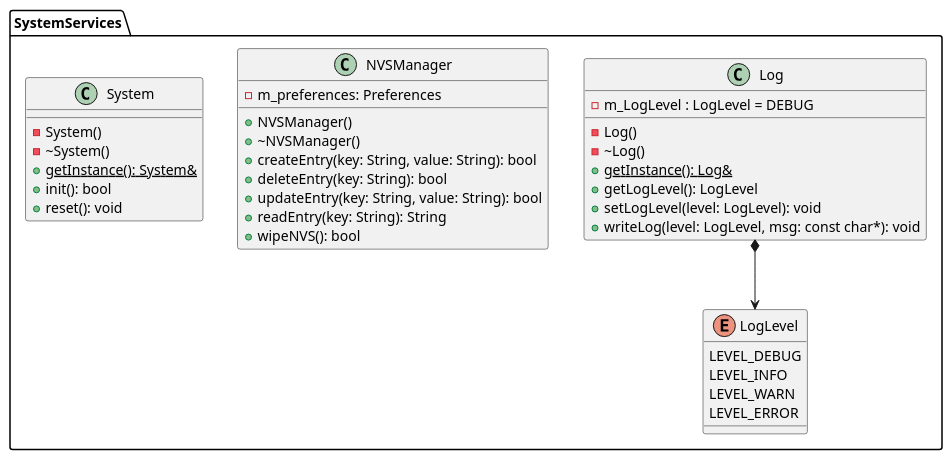
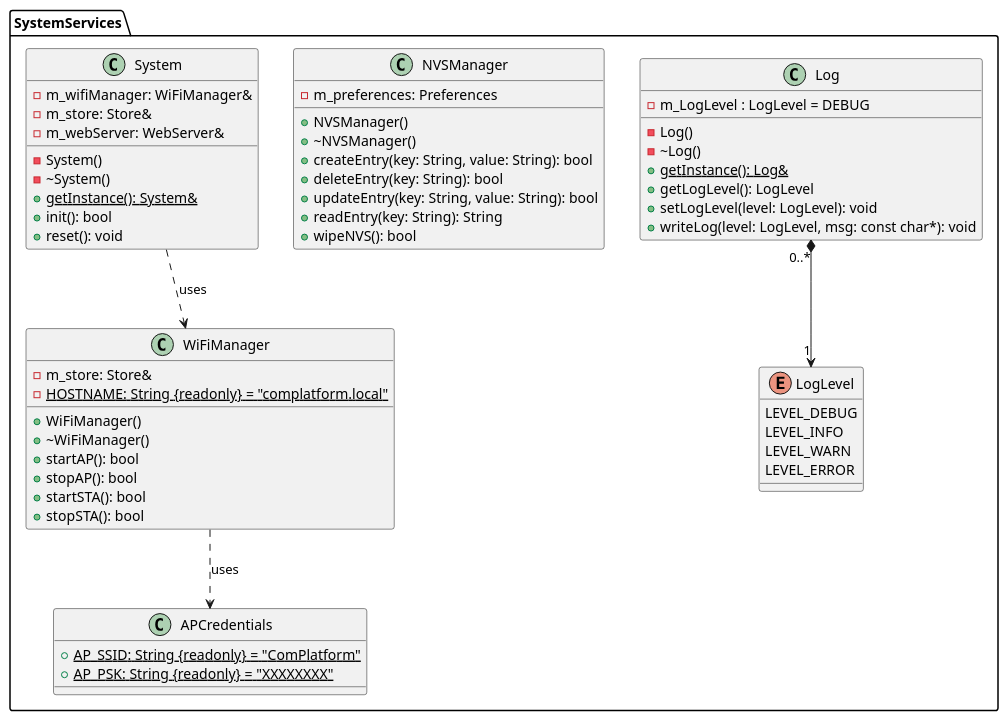
The diagram in doc/design/server/ClassDiagrams/05_SystemServices.plantuml (NewTec-GmbH/ZumoComSystem), drawn with PlantUML before and after one commit. The commit also changed 3 other files, not shown here.

Commit message:
Update design diagrams

```diff
--- a/doc/design/server/ClassDiagrams/05_SystemServices.plantuml
+++ b/doc/design/server/ClassDiagrams/05_SystemServices.plantuml
@@ -1,46 +1,69 @@
 @startuml
 package SystemServices {
     enum LogLevel
     {
         LEVEL_DEBUG
         LEVEL_INFO
         LEVEL_WARN
         LEVEL_ERROR
     }
 
     class Log
     {
         - m_LogLevel : LogLevel = DEBUG
 
         - Log()
         - ~Log()
         {static} + getInstance(): Log&
         + getLogLevel(): LogLevel
         + setLogLevel(level: LogLevel): void
         + writeLog(level: LogLevel, msg: const char*): void
     }
-    Log *--> LogLevel
+    Log "0..*" *--> "1" LogLevel
 
     class NVSManager
     {
         - m_preferences: Preferences
 
         + NVSManager()
         + ~NVSManager()
         + createEntry(key: String, value: String): bool
         + deleteEntry(key: String): bool
         + updateEntry(key: String, value: String): bool
         + readEntry(key: String): String
         + wipeNVS(): bool
     }
 
+    class APCredentials
+    {
+        {static} + AP_SSID: String {readonly} = "ComPlatform"
+        {static} + AP_PSK: String {readonly} = "XXXXXXXX"
+    }
+
+    class WiFiManager
+    {
+        - m_store: Store&
+        {static} - HOSTNAME: String {readonly} = "complatform.local"
+        + WiFiManager()
+        + ~WiFiManager()
+        + startAP(): bool
+        + stopAP(): bool
+        + startSTA(): bool
+        + stopSTA(): bool
+    }
+    WiFiManager ..> APCredentials : uses
+
     class System
     {
+        - m_wifiManager: WiFiManager&
+        - m_store: Store&
+        - m_webServer: WebServer&
         - System()
         - ~System()
         + {static} getInstance(): System&
         + init(): bool
         + reset(): void
     }
+    System ..> WiFiManager : uses
 }
 @enduml
```
